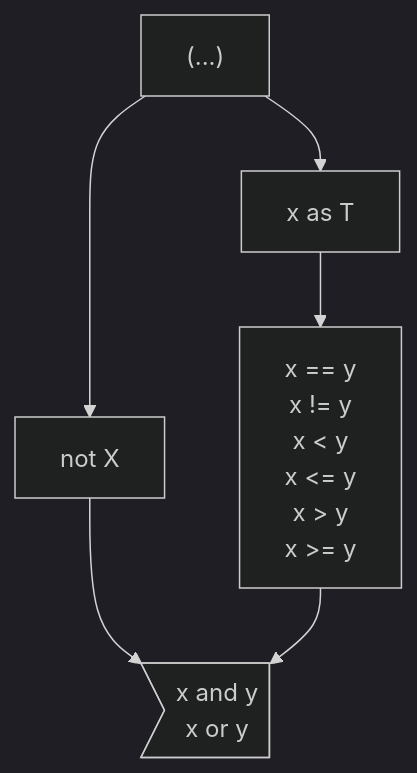
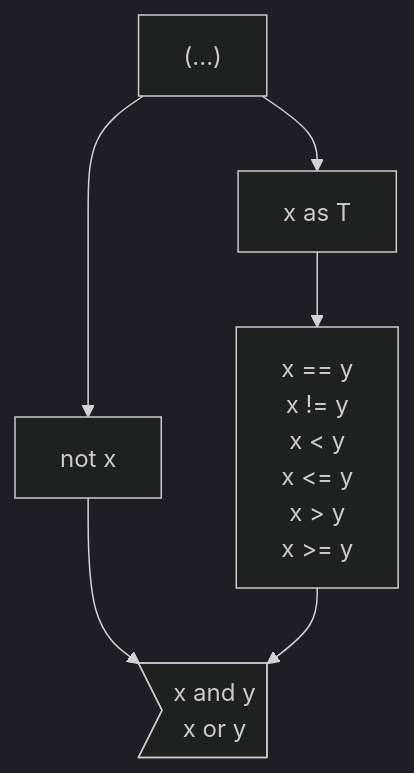
One commit to carbon-language/carbon-lang changed the first of 2 diagrams in docs/design/expressions/README.md. Above: the diagram before and after it, drawn with Mermaid (dark theme). The commit also changed other lines of this file, not shown here.

````diff
--- a/docs/design/expressions/README.md
+++ b/docs/design/expressions/README.md
@@ -66,8 +66,8 @@
 ```mermaid
 graph TD
     parens["(...)"] --> as & not
     as["x as T"] --> comparison
-    not["not X"] --> and_or
+    not["not x"] --> and_or
     comparison["x == y<br> x != y<br> x < y<br> x <= y<br> x > y<br> x >= y"] --> and_or
     and_or>"x and y<br> x or y"]
 ```
````
